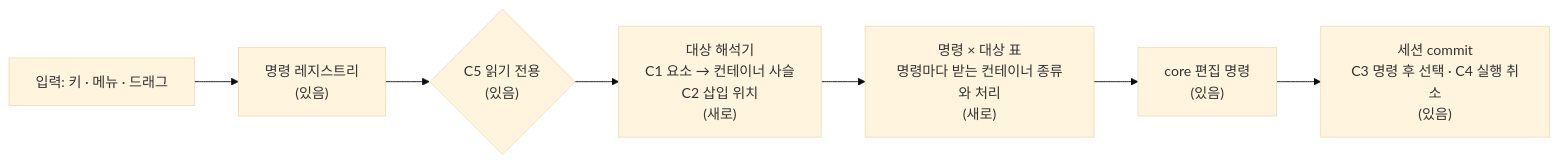
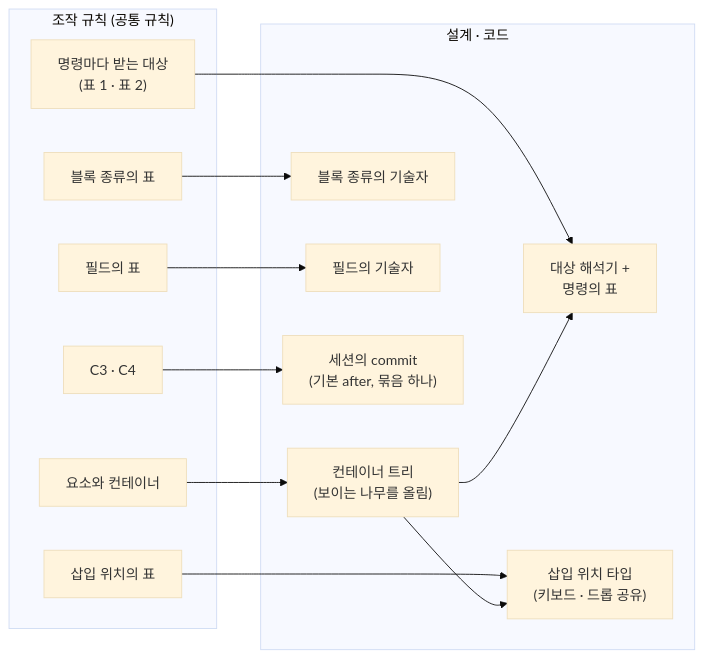
The diagram in atelier/interaction-abstraction-review.md (reddiana/AriadneNSD), drawn with Mermaid (base theme) before and after one commit. The commit also changed other lines of this file and 2 other files, not shown here.

````diff
--- a/atelier/interaction-abstraction-review.md
+++ b/atelier/interaction-abstraction-review.md
@@ -105,9 +235,27 @@
 ```mermaid
 flowchart LR
-  I["입력: 키 · 메뉴 · 드래그"] --> R["명령 레지스트리<br/>(있음)"]
-  R --> G{"C5 읽기 전용<br/>(있음)"}
-  G --> T["대상 해석기<br/>C1 요소 → 컨테이너 사슬<br/>C2 삽입 위치<br/>(새로)"]
-  T --> M["명령 × 대상 표<br/>명령마다 받는 컨테이너 종류와 처리<br/>(새로)"]
-  M --> C["core 편집 명령<br/>(있음)"]
-  C --> S["세션 commit<br/>C3 명령 후 선택 · C4 실행 취소<br/>(있음)"]
+  subgraph R["조작 규칙 (공통 규칙)"]
+    R1["요소와 컨테이너"]
+    R2["명령마다 받는 대상<br/>(표 1 · 표 2)"]
+    R3["삽입 위치의 표"]
+    R4["블록 종류의 표"]
+    R5["필드의 표"]
+    R6["C3 · C4"]
+  end
+  subgraph D["설계 · 코드"]
+    D1["컨테이너 트리<br/>(보이는 나무를 올림)"]
+    D2["대상 해석기 +<br/>명령의 표"]
+    D3["삽입 위치 타입<br/>(키보드 · 드롭 공유)"]
+    D4["블록 종류의 기술자"]
+    D5["필드의 기술자"]
+    D6["세션의 commit<br/>(기본 after, 묶음 하나)"]
+  end
+  R1 --> D1
+  R2 --> D2
+  R3 --> D3
+  R4 --> D4
+  R5 --> D5
+  R6 --> D6
+  D1 --> D2
+  D1 --> D3
 ```
````
